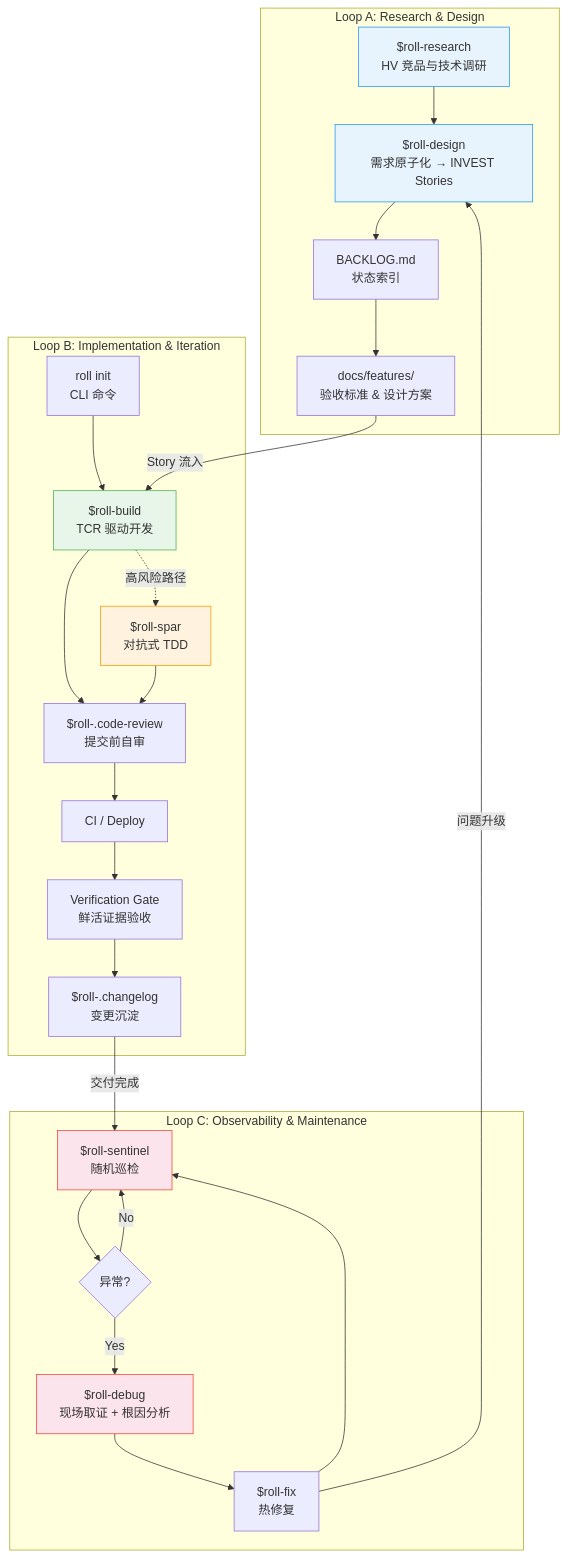
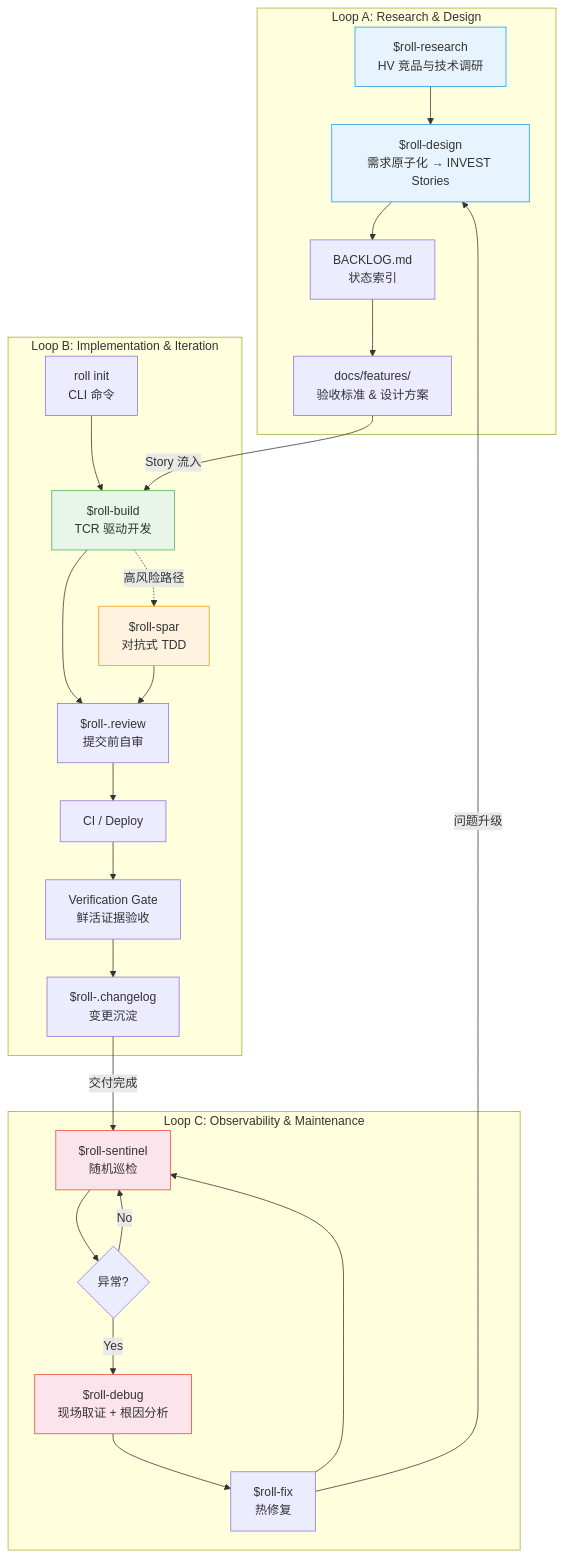
One commit to seanyao/roll changed the first of 2 diagrams in docs/methodology.md. Above: the diagram before and after it, drawn with Mermaid. The commit also changed other lines of this file and 1 other file, not shown here.

First line of the commit message:
[claude code] Docs(methodology): align zh+en with skill renames and simplified CLI

````diff
--- a/docs/methodology.md
+++ b/docs/methodology.md
@@ -24,37 +24,37 @@
 ```mermaid
 graph TB
     subgraph "Loop A: Research & Design"
         A1["$roll-research<br/>HV 竞品与技术调研"] --> A2["$roll-design<br/>需求原子化 → INVEST Stories"]
         A2 --> A3["BACKLOG.md<br/>状态索引"]
         A3 --> A4["docs/features/<br/>验收标准 & 设计方案"]
     end
 
     subgraph "Loop B: Implementation & Iteration"
         B1["roll init<br/>CLI 命令"] --> B2["$roll-build<br/>TCR 驱动开发"]
-        B2 --> B3["$roll-.code-review<br/>提交前自审"]
+        B2 --> B3["$roll-.review<br/>提交前自审"]
         B3 --> B4["CI / Deploy"]
         B4 --> B5["Verification Gate<br/>鲜活证据验收"]
         B5 --> B6["$roll-.changelog<br/>变更沉淀"]
         B2 -.->|高风险路径| B7["$roll-spar<br/>对抗式 TDD"]
         B7 --> B3
     end
 
     subgraph "Loop C: Observability & Maintenance"
         C1["$roll-sentinel<br/>随机巡检"] --> C2{"异常?"}
         C2 -->|Yes| C3["$roll-debug<br/>现场取证 + 根因分析"]
         C3 --> C5["$roll-fix<br/>热修复"]
         C5 --> C1
         C2 -->|No| C1
     end
 
     A4 -->|"Story 流入"| B2
     B6 -->|"交付完成"| C1
     C5 -->|"问题升级"| A2
 
     style A1 fill:#e8f4fd,stroke:#2196F3
     style A2 fill:#e8f4fd,stroke:#2196F3
     style B2 fill:#e8f5e9,stroke:#4CAF50
     style B7 fill:#fff3e0,stroke:#FF9800
     style C1 fill:#fce4ec,stroke:#F44336
     style C3 fill:#fce4ec,stroke:#F44336
 ```
````
